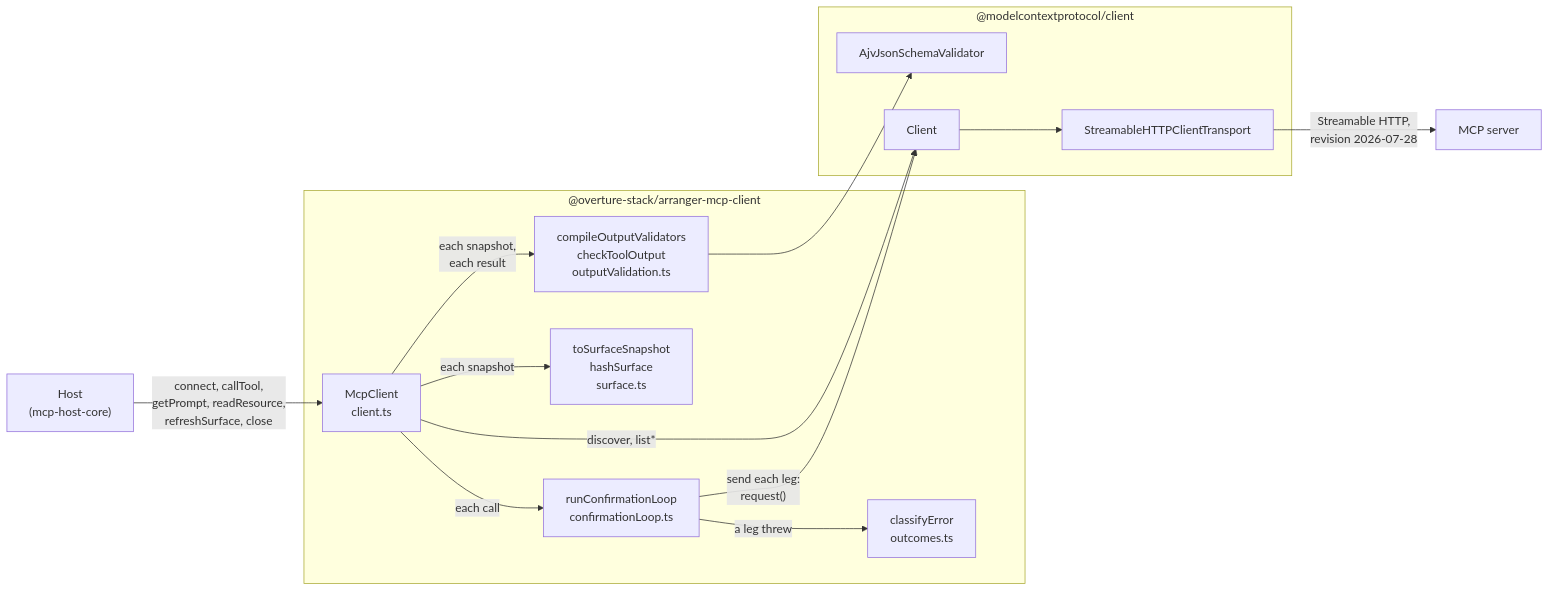
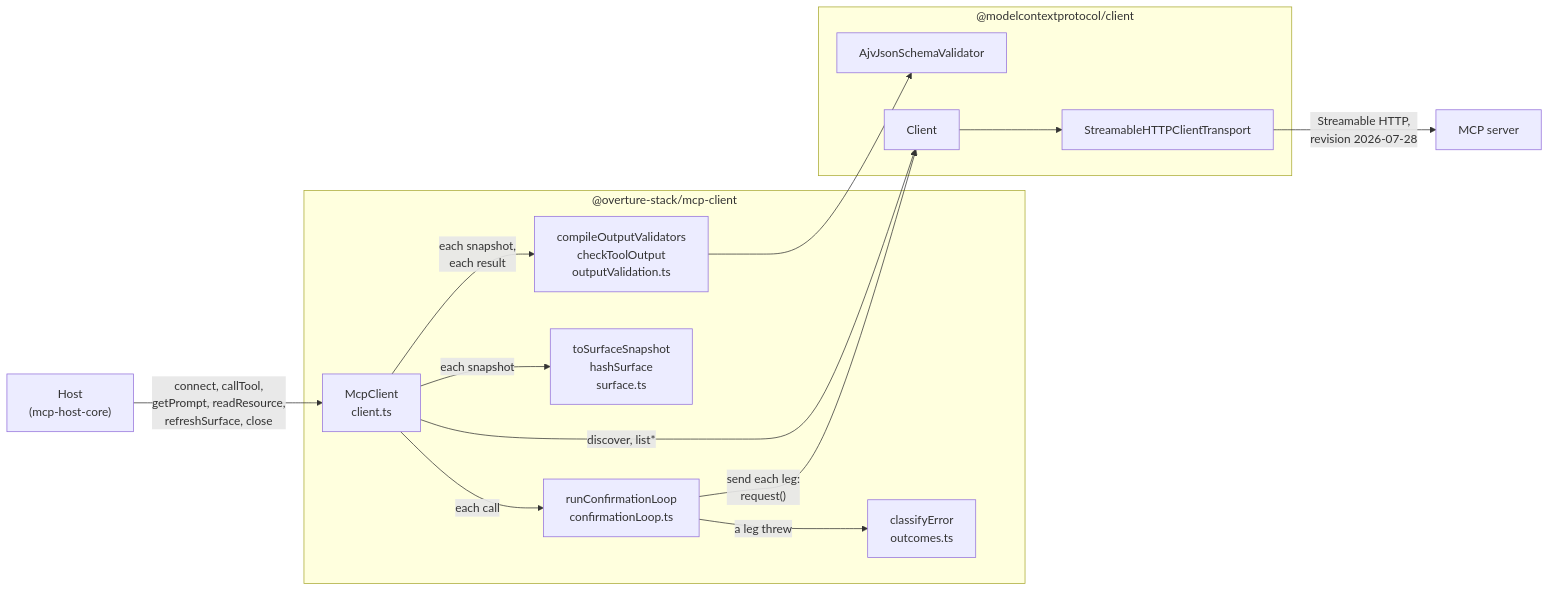
Before and after one commit to oicr-softeng/conversational-research-environment: the first of 9 diagrams in modules/mcp-client/docs/architecture.md, drawn with Mermaid. The commit also changed other lines of this file and 23 other files, not shown here.

````diff
--- a/modules/mcp-client/docs/architecture.md
+++ b/modules/mcp-client/docs/architecture.md
@@ -11,31 +11,31 @@
 ```mermaid
 flowchart LR
     host["Host<br/>(mcp-host-core)"]
 
-    subgraph module["@overture-stack/arranger-mcp-client"]
+    subgraph module["@overture-stack/mcp-client"]
         client["McpClient<br/>client.ts"]
         loop["runConfirmationLoop<br/>confirmationLoop.ts"]
         classify["classifyError<br/>outcomes.ts"]
         validate["compileOutputValidators<br/>checkToolOutput<br/>outputValidation.ts"]
         surface["toSurfaceSnapshot<br/>hashSurface<br/>surface.ts"]
     end
 
     subgraph sdk["@modelcontextprotocol/client"]
         sdkClient["Client"]
         transport["StreamableHTTPClientTransport"]
         ajv["AjvJsonSchemaValidator"]
     end
 
     server["MCP server"]
 
     host -->|"connect, callTool,<br/>getPrompt, readResource,<br/>refreshSurface, close"| client
     client -->|"each call"| loop
     loop -->|"a leg threw"| classify
     loop -->|"send each leg:<br/>request()"| sdkClient
     client -->|"discover, list*"| sdkClient
     client -->|"each snapshot"| surface
     client -->|"each snapshot,<br/>each result"| validate
     validate --> ajv
     sdkClient --> transport
     transport -->|"Streamable HTTP,<br/>revision 2026-07-28"| server
 ```
````
